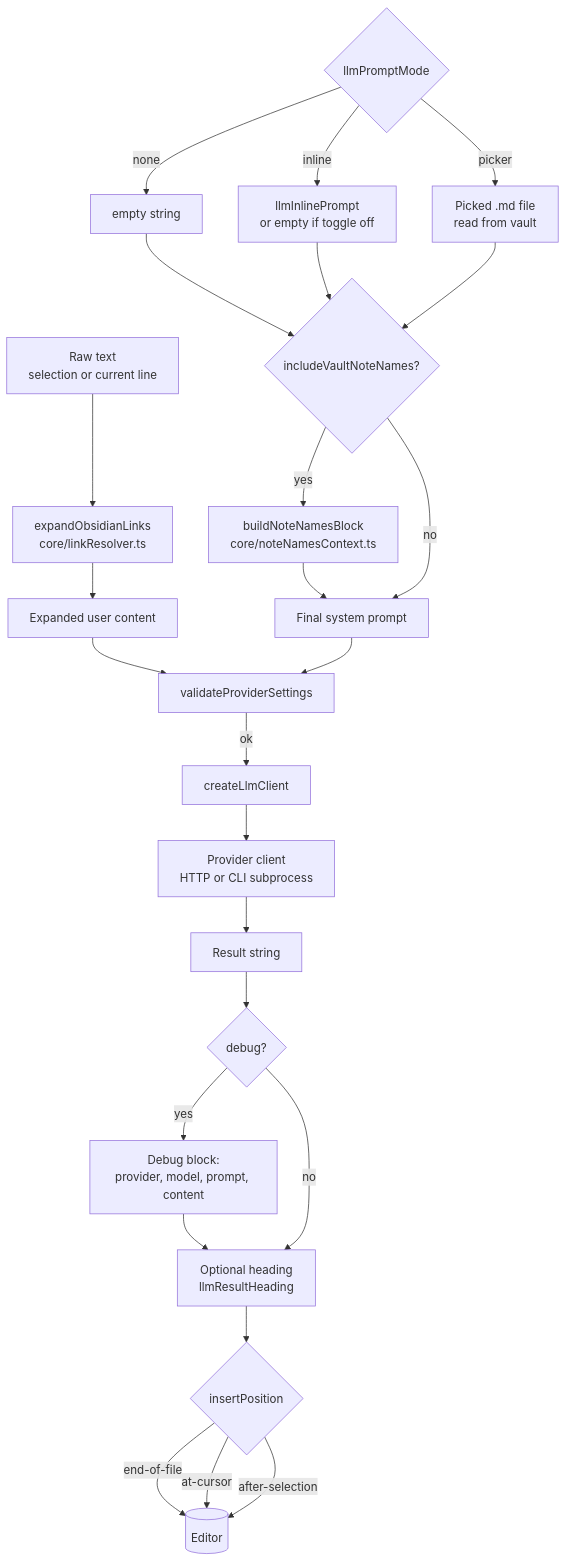
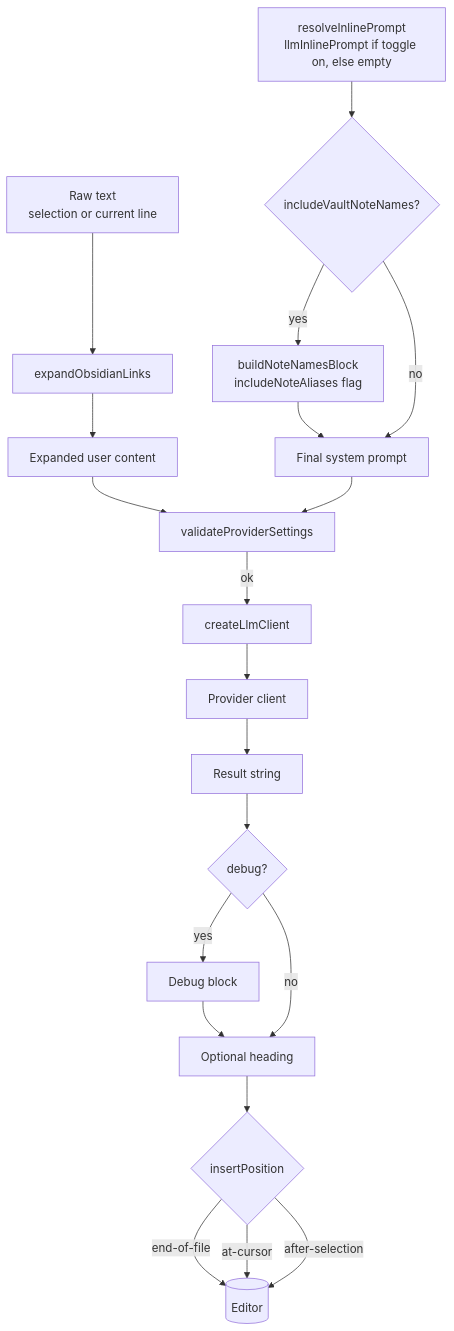
The first of 2 diagrams in documentation/02-architecture/data-flow.md (ibatura/obsidian-ask-any-ai), drawn with Mermaid before and after one commit. The commit also changed other lines of this file and 15 other files, not shown here.

````diff
--- a/documentation/02-architecture/data-flow.md
+++ b/documentation/02-architecture/data-flow.md
@@ -5,49 +7,41 @@
 ```mermaid
 flowchart TD
   RawInput[Raw text<br/>selection or current line]
-  WikilinkExp[expandObsidianLinks<br/>core/linkResolver.ts]
+  WikilinkExp[expandObsidianLinks]
   ExpandedUser[Expanded user content]
 
-  PromptMode{llmPromptMode}
-  PromptNone[empty string]
-  PromptInline[llmInlinePrompt<br/>or empty if toggle off]
-  PromptPicker[Picked .md file<br/>read from vault]
+  InlinePrompt[resolveInlinePrompt<br/>llmInlinePrompt if toggle on, else empty]
 
   NotesToggle{includeVaultNoteNames?}
-  NotesBlock[buildNoteNamesBlock<br/>core/noteNamesContext.ts]
+  NotesBlock[buildNoteNamesBlock<br/>includeNoteAliases flag]
   FinalSystem[Final system prompt]
 
   Validate[validateProviderSettings]
   Factory[createLlmClient]
-  Client[Provider client<br/>HTTP or CLI subprocess]
+  Client[Provider client]
   Result[Result string]
 
   Debug{debug?}
-  DebugBlock[Debug block:<br/>provider, model, prompt, content]
-  Heading[Optional heading<br/>llmResultHeading]
+  DebugBlock[Debug block]
+  Heading[Optional heading]
   Insertion{insertPosition}
   Editor[(Editor)]
 
   RawInput --> WikilinkExp --> ExpandedUser
 
-  PromptMode -- none --> PromptNone
-  PromptMode -- inline --> PromptInline
-  PromptMode -- picker --> PromptPicker
-  PromptNone --> NotesToggle
-  PromptInline --> NotesToggle
-  PromptPicker --> NotesToggle
+  InlinePrompt --> NotesToggle
   NotesToggle -- yes --> NotesBlock --> FinalSystem
   NotesToggle -- no --> FinalSystem
 
   ExpandedUser --> Validate
   FinalSystem --> Validate
   Validate -- ok --> Factory --> Client --> Result
 
   Result --> Debug
   Debug -- yes --> DebugBlock --> Heading
   Debug -- no --> Heading
   Heading --> Insertion
   Insertion -- end-of-file --> Editor
   Insertion -- at-cursor --> Editor
   Insertion -- after-selection --> Editor
 ```
````
